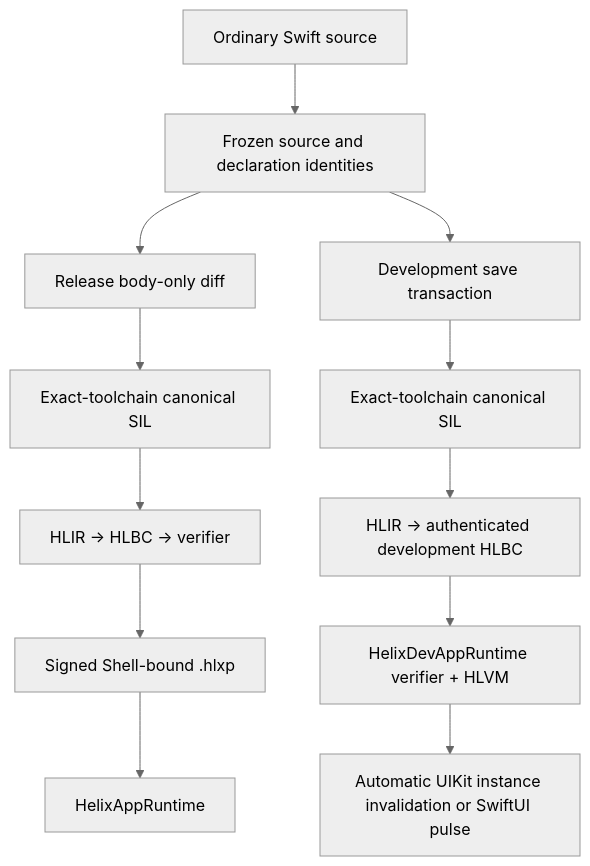
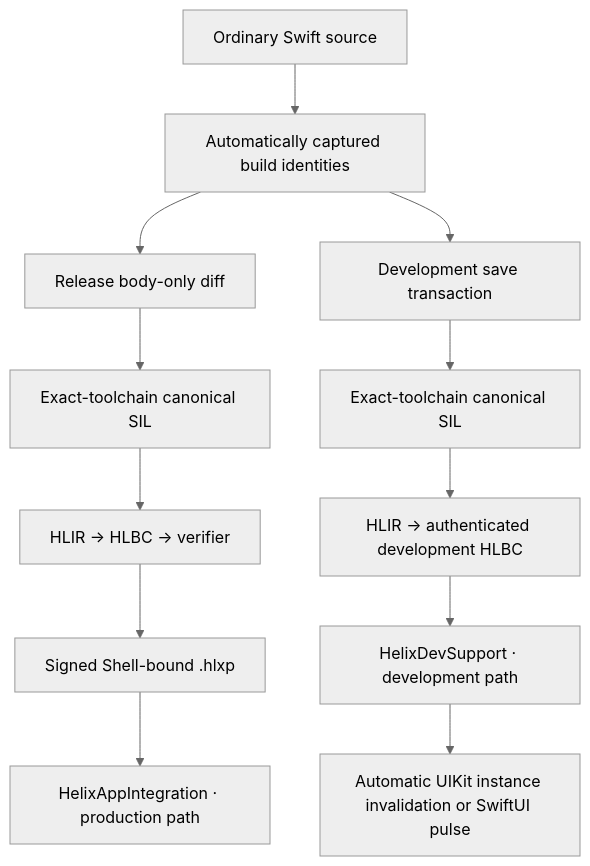
The diagram in Docs/Architecture.md (TangentW/Helix), drawn with Mermaid (neutral theme) before and after one commit. The commit also changed other lines of this file and 171 other files, not shown here.

````diff
--- a/Docs/Architecture.md
+++ b/Docs/Architecture.md
@@ -27,16 +27,16 @@
 ```mermaid
 flowchart TB
-    S["Ordinary Swift source"] --> I["Frozen source and declaration identities"]
+    S["Ordinary Swift source"] --> I["Automatically captured build identities"]
     I --> R["Release body-only diff"]
     I --> D["Development save transaction"]
 
     R --> SIL1["Exact-toolchain canonical SIL"]
     SIL1 --> HLBC["HLIR → HLBC → verifier"]
     HLBC --> PKG["Signed Shell-bound .hlxp"]
-    PKG --> PR["HelixAppRuntime"]
+    PKG --> PR["HelixAppIntegration · production path"]
 
     D --> DSIL["Exact-toolchain canonical SIL"]
     DSIL --> DHLBC["HLIR → authenticated development HLBC"]
-    DHLBC --> DR["HelixDevAppRuntime verifier + HLVM"]
+    DHLBC --> DR["HelixDevSupport · development path"]
     DR --> UI["Automatic UIKit instance invalidation or SwiftUI pulse"]
 ```
````
